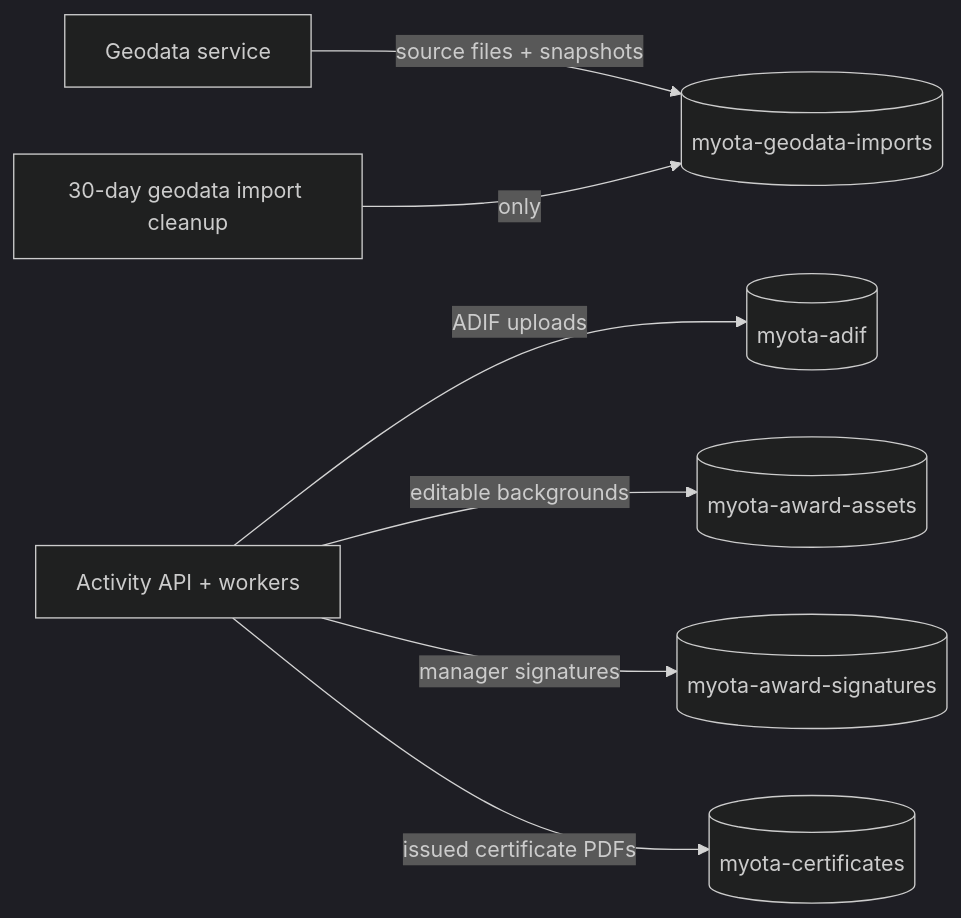
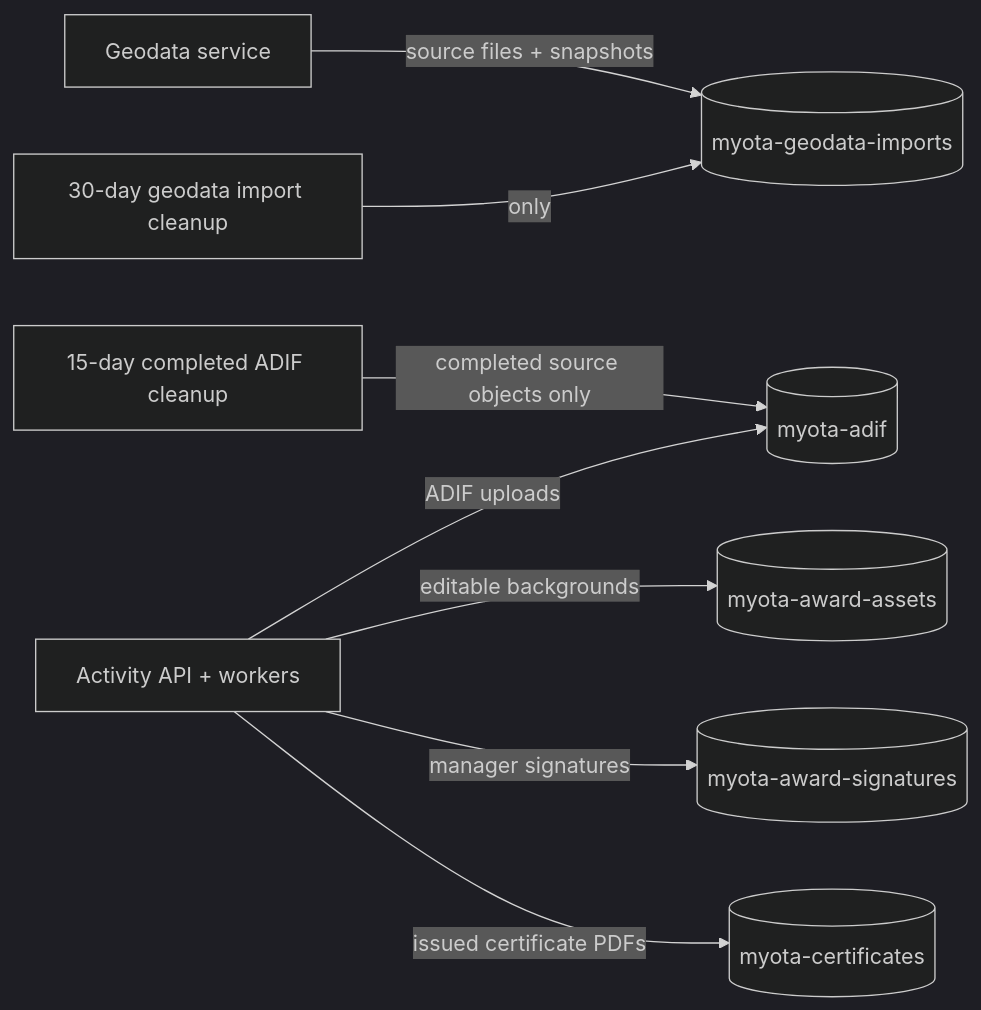
One commit to myota-platform/myota-docs changed the diagram in docs/diagrams/object-storage-buckets.md. Above: the diagram before and after it, drawn with Mermaid (dark theme). The commit also changed other lines of this file and 2 other files, not shown here.

First line of the commit message:
Document 15-day ADIF source retention

````diff
--- a/docs/diagrams/object-storage-buckets.md
+++ b/docs/diagrams/object-storage-buckets.md
@@ -8,9 +8,10 @@
 ```mermaid
 flowchart LR
   Geo[Geodata service] -->|source files + snapshots| GeoBucket[(myota-geodata-imports)]
   Activity[Activity API + workers] -->|ADIF uploads| AdifBucket[(myota-adif)]
+  AdifRetention[15-day completed ADIF cleanup] -->|completed source objects only| AdifBucket
   Activity -->|editable backgrounds| BackgroundBucket[(myota-award-assets)]
   Activity -->|manager signatures| SignatureBucket[(myota-award-signatures)]
   Activity -->|issued certificate PDFs| CertificateBucket[(myota-certificates)]
   Retention[30-day geodata import cleanup] -->|only| GeoBucket
 ```
````
